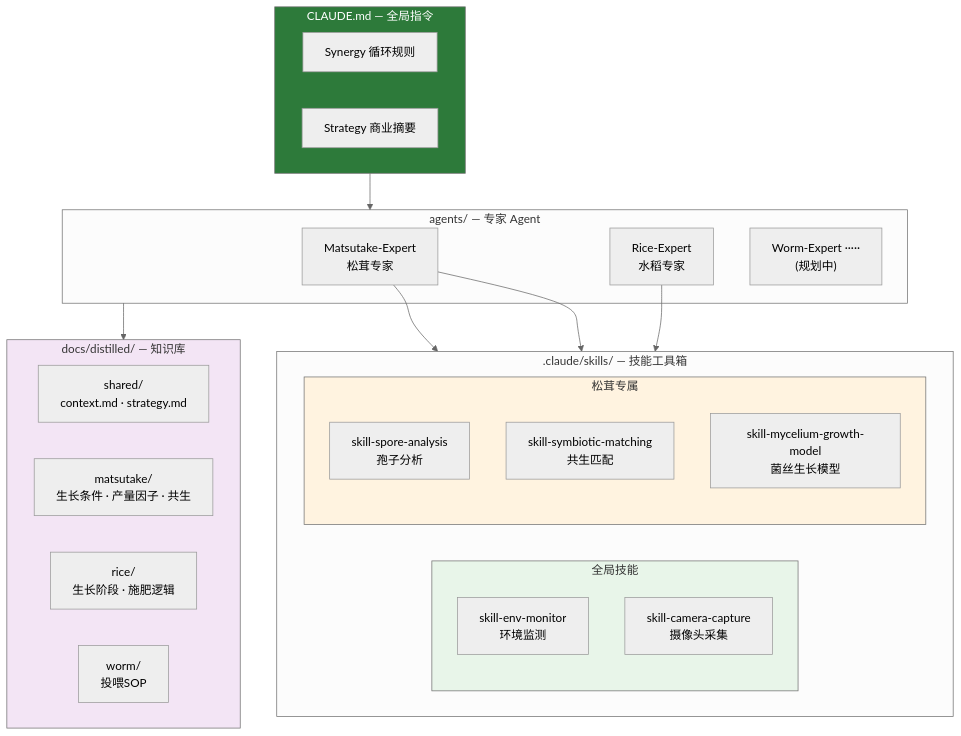
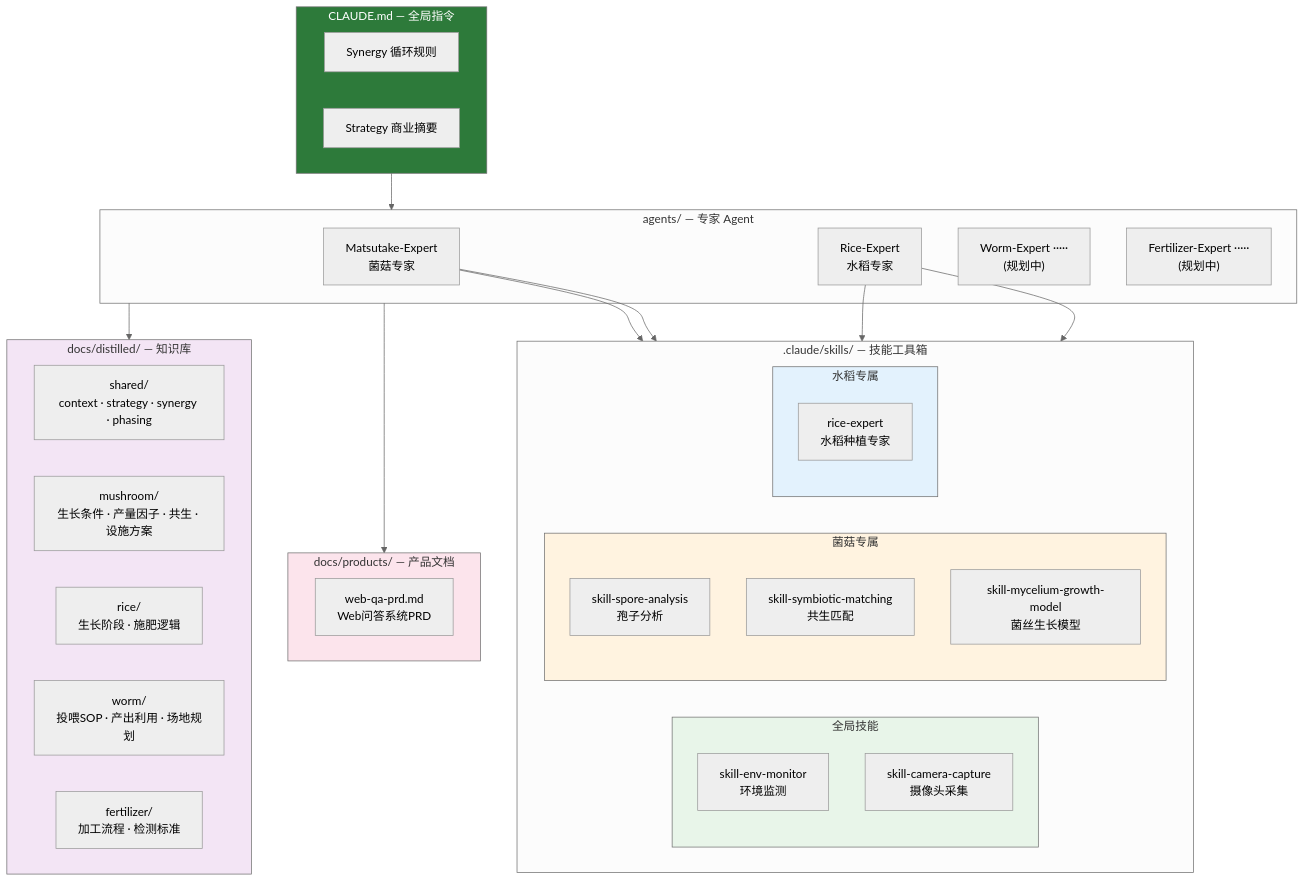
The second of 2 diagrams in README.md (noa730/claw-farm), drawn with Mermaid (neutral theme) before and after one commit. The commit also changed other lines of this file and 2 other files, not shown here.

````diff
--- a/README.md
+++ b/README.md
@@ -42,44 +59,57 @@
 ```mermaid
 graph TB
     subgraph CLAUDE_MD["CLAUDE.md — 全局指令"]
         SY[Synergy 循环规则]
         ST[Strategy 商业摘要]
     end
 
     subgraph AGENTS["agents/ — 专家 Agent"]
-        MA[Matsutake-Expert<br/>松茸专家]
+        MA[Matsutake-Expert<br/>菌菇专家]
         RA[Rice-Expert<br/>水稻专家]
         WA["Worm-Expert ·····<br/>(规划中)"]
+        FA["Fertilizer-Expert ·····<br/>(规划中)"]
     end
 
     subgraph SKILLS[".claude/skills/ — 技能工具箱"]
         direction LR
         subgraph GLOBAL["全局技能"]
             S_ENV[skill-env-monitor<br/>环境监测]
             S_CAM[skill-camera-capture<br/>摄像头采集]
         end
-        subgraph MATSUTAKE["松茸专属"]
+        subgraph MUSHROOM["菌菇专属"]
             S_SP[skill-spore-analysis<br/>孢子分析]
             S_SY[skill-symbiotic-matching<br/>共生匹配]
             S_MY[skill-mycelium-growth-model<br/>菌丝生长模型]
         end
+        subgraph RICE["水稻专属"]
+            S_RE[rice-expert<br/>水稻种植专家]
+        end
     end
 
     subgraph KNOWLEDGE["docs/distilled/ — 知识库"]
-        K_SHARED["shared/<br/>context.md · strategy.md"]
-        K_MAT["matsutake/<br/>生长条件 · 产量因子 · 共生"]
+        K_SHARED["shared/<br/>context · strategy · synergy · phasing"]
+        K_MUS["mushroom/<br/>生长条件 · 产量因子 · 共生 · 设施方案"]
         K_RICE["rice/<br/>生长阶段 · 施肥逻辑"]
-        K_WORM["worm/<br/>投喂SOP"]
+        K_WORM["worm/<br/>投喂SOP · 产出利用 · 场地规划"]
+        K_FERT["fertilizer/<br/>加工流程 · 检测标准"]
+    end
+
+    subgraph PRODUCTS["docs/products/ — 产品文档"]
+        P_QA["web-qa-prd.md<br/>Web问答系统PRD"]
     end
 
     CLAUDE_MD --> AGENTS
-    MA --> MATSUTAKE
+    MA --> MUSHROOM
     MA --> GLOBAL
+    RA --> RICE
     RA --> GLOBAL
     AGENTS --> KNOWLEDGE
+    AGENTS --> PRODUCTS
 
     style CLAUDE_MD fill:#2d7a3a,color:#fff
     style GLOBAL fill:#e8f5e9
-    style MATSUTAKE fill:#fff3e0
+    style MUSHROOM fill:#fff3e0
+    style RICE fill:#e3f2fd
     style KNOWLEDGE fill:#f3e5f5
+    style PRODUCTS fill:#fce4ec
 ```
````
